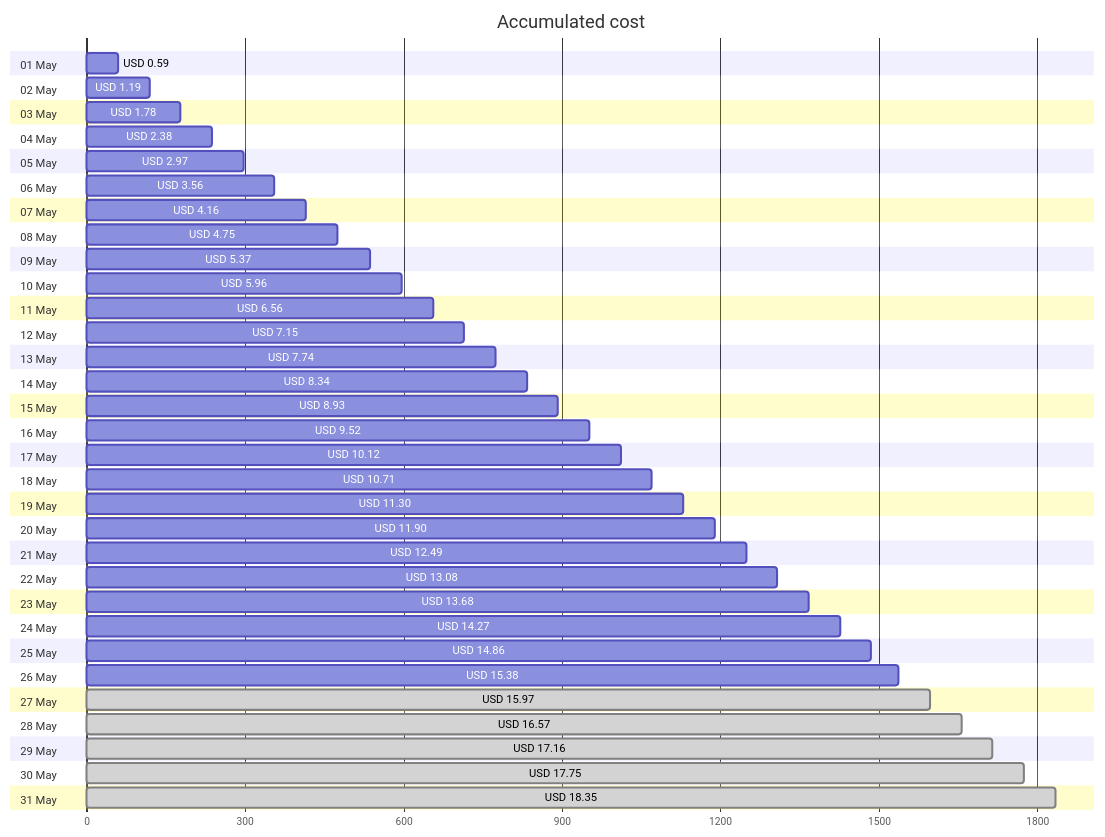
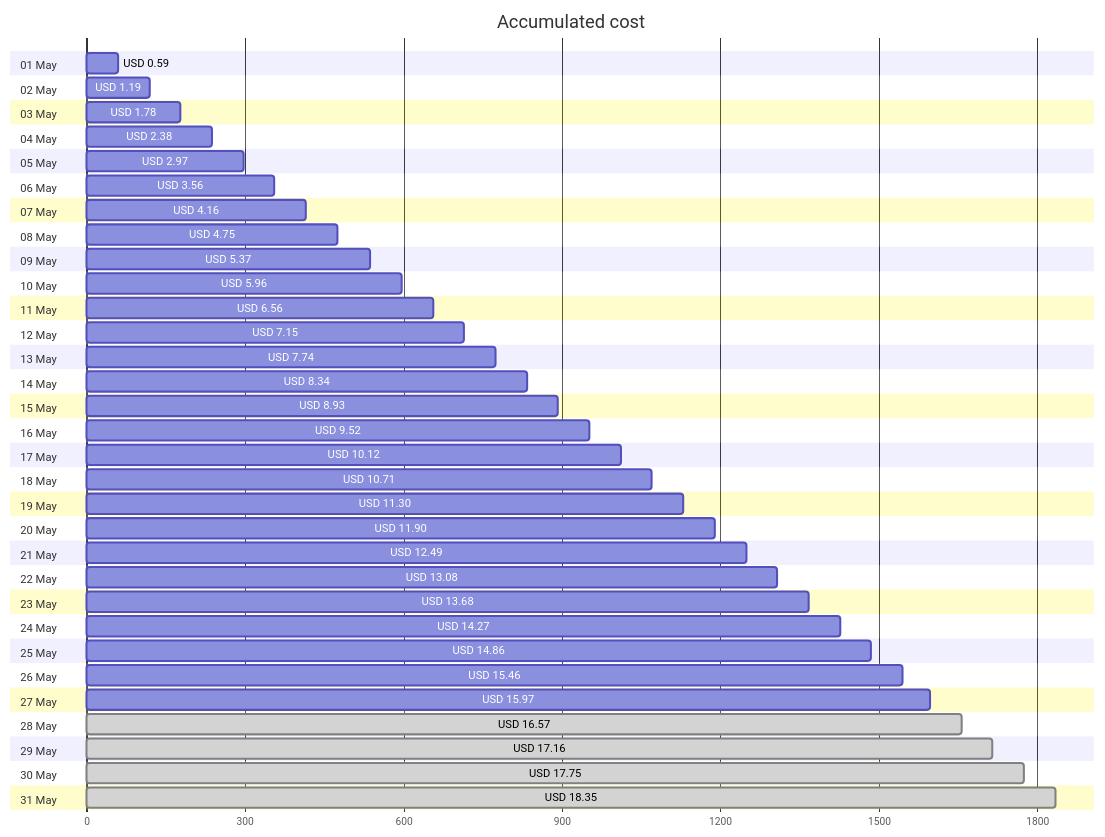
The first of 4 diagrams in cost-reports/personal-site/README.md (jpfulton/azure-personal-reports), drawn with Mermaid before and after one commit. The commit also changed other lines of this file and 6 other files, not shown here.

````diff
--- a/cost-reports/personal-site/README.md
+++ b/cost-reports/personal-site/README.md
@@ -20,68 +20,68 @@
 ```mermaid
 gantt
    title Accumulated cost
    dateFormat  X
    axisFormat %s
    section 01 May
    USD 0.59 :0, 59
    section 02 May
    USD 1.19 :0, 119
    section 03 May
    USD 1.78 :0, 178
    section 04 May
    USD 2.38 :0, 238
    section 05 May
    USD 2.97 :0, 297
    section 06 May
    USD 3.56 :0, 356
    section 07 May
    USD 4.16 :0, 416
    section 08 May
    USD 4.75 :0, 475
    section 09 May
    USD 5.37 :0, 537
    section 10 May
    USD 5.96 :0, 596
    section 11 May
    USD 6.56 :0, 656
    section 12 May
    USD 7.15 :0, 715
    section 13 May
    USD 7.74 :0, 774
    section 14 May
    USD 8.34 :0, 834
    section 15 May
    USD 8.93 :0, 893
    section 16 May
    USD 9.52 :0, 952
    section 17 May
    USD 10.12 :0, 1012
    section 18 May
    USD 10.71 :0, 1071
    section 19 May
    USD 11.30 :0, 1130
    section 20 May
    USD 11.90 :0, 1190
    section 21 May
    USD 12.49 :0, 1249
    section 22 May
    USD 13.08 :0, 1308
    section 23 May
    USD 13.68 :0, 1368
    section 24 May
    USD 14.27 :0, 1427
    section 25 May
    USD 14.86 :0, 1486
    section 26 May
-   USD 15.38 :0, 1538
+   USD 15.46 :0, 1546
    section 27 May
-   USD 15.97 : done, 0, 1597
+   USD 15.97 :0, 1597
    section 28 May
    USD 16.57 : done, 0, 1657
    section 29 May
    USD 17.16 : done, 0, 1716
    section 30 May
    USD 17.75 : done, 0, 1775
    section 31 May
    USD 18.35 : done, 0, 1835
 ```
````
